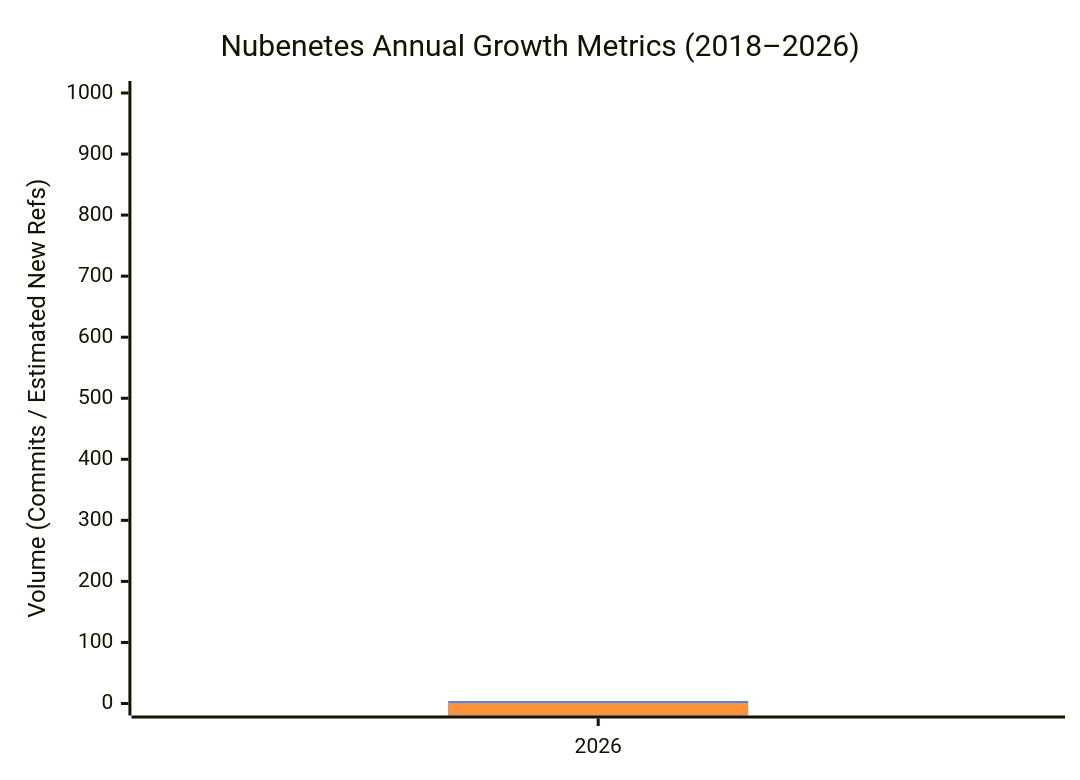
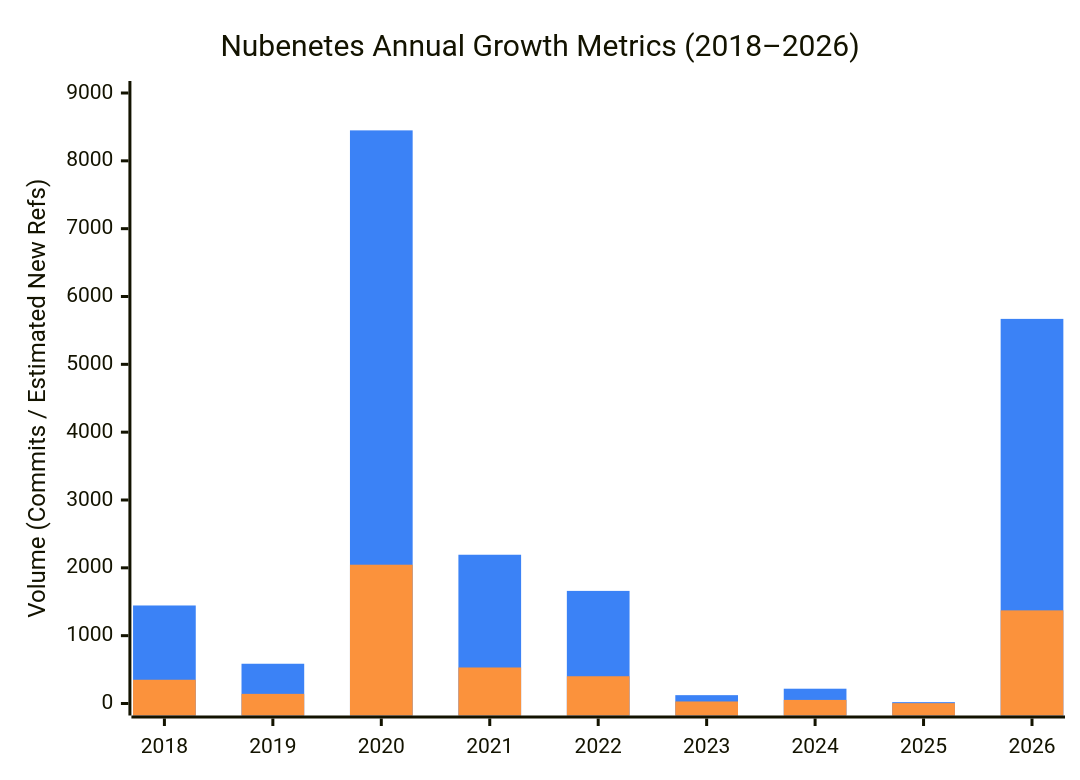
Before and after one commit to sec-js/awesome-kubernetes: the first of 10 diagrams in README.md, drawn with Mermaid. The commit also changed other lines of this file, not shown here.

````diff
--- a/README.md
+++ b/README.md
@@ -176,15 +184,15 @@
 ```mermaid
 ---
 config:
   themeVariables:
     xyChart:
       plotColorPalette: '#3b82f6, #fb923c'
   theme: mc
 ---
 xychart-beta
     title "Nubenetes Annual Growth Metrics (2018–2026)"
-    x-axis ["2026"]
-    y-axis "Volume (Commits / Estimated New Refs)" 0 --> 1000
-    bar [4]
-    bar [1]
+    x-axis ["2018", "2019", "2020", "2021", "2022", "2023", "2024", "2025", "2026"]
+    y-axis "Volume (Commits / Estimated New Refs)" 0 --> 9000
+    bar [1445, 586, 8449, 2193, 1660, 123, 218, 20, 5670]
+    bar [350, 142, 2046, 531, 402, 30, 53, 5, 1373]
 ```
````
